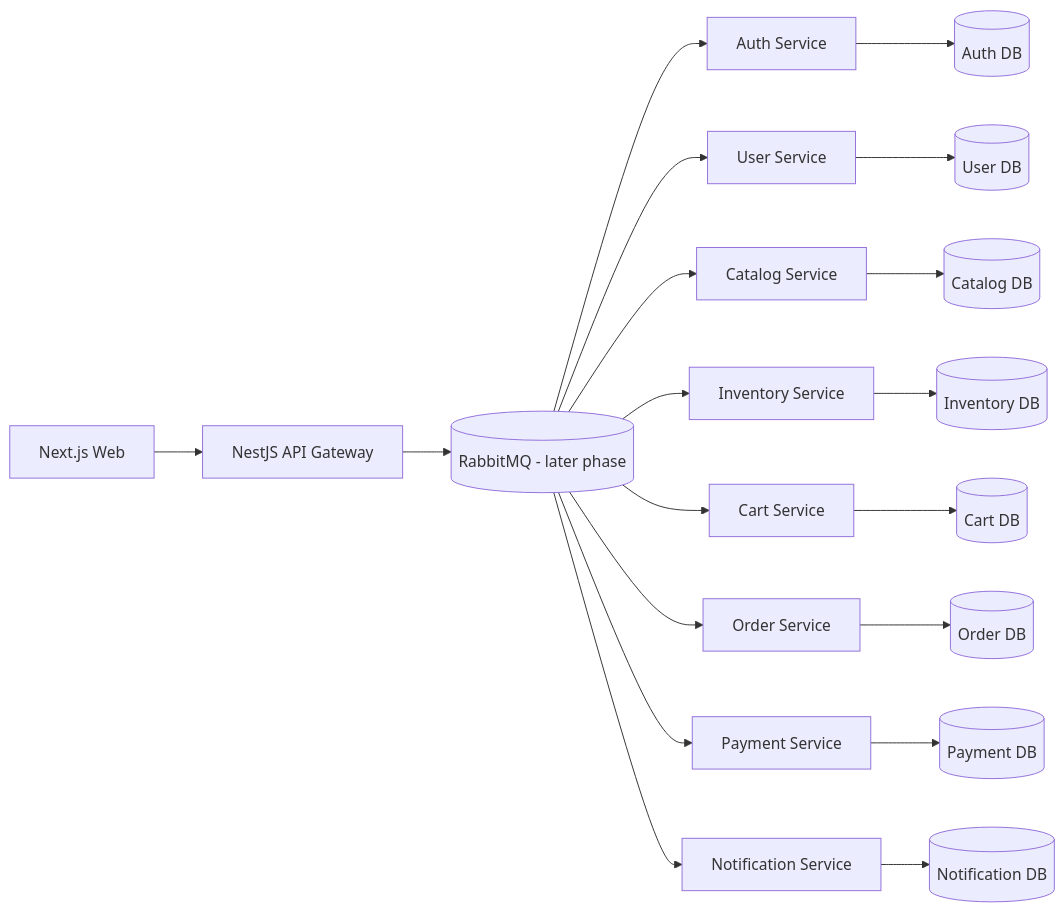
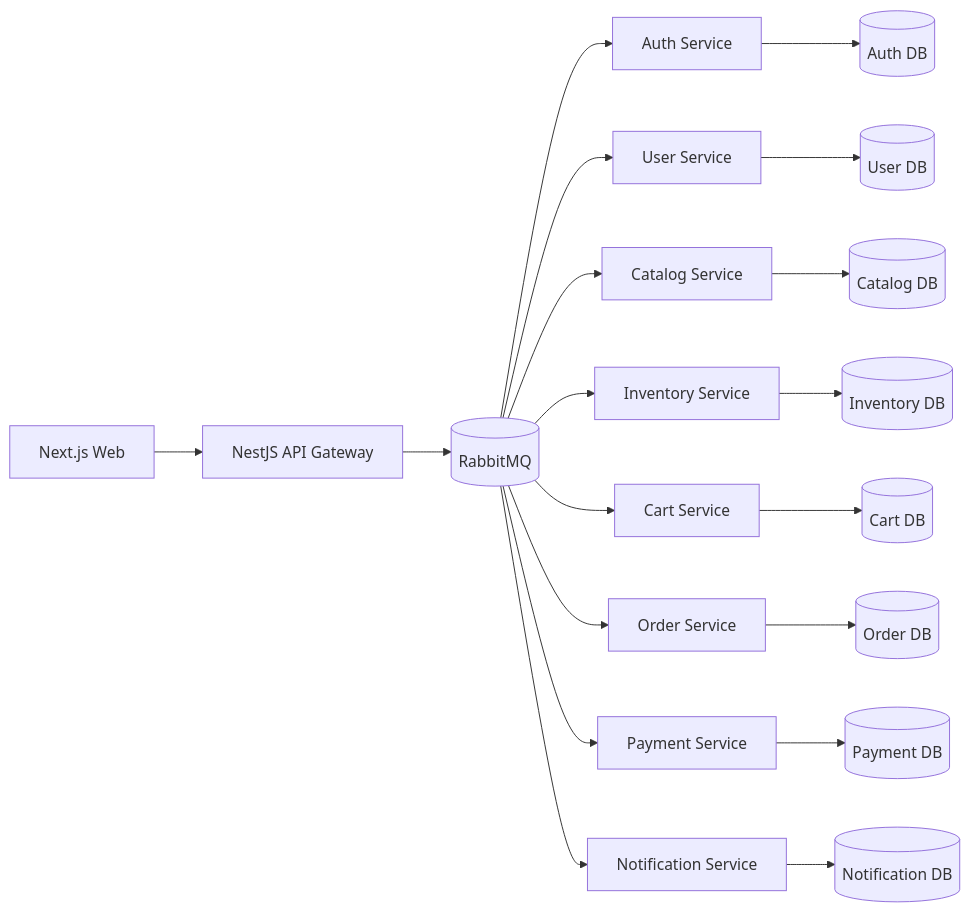
One commit to Lucascabral95/ecommerce-northlan-apparel changed the diagram in README.md. Above: the diagram before and after it, drawn with Mermaid. The commit also changed other lines of this file and 31 other files, not shown here.

````diff
--- a/README.md
+++ b/README.md
@@ -35,21 +36,21 @@
 ```mermaid
 flowchart LR
   Web[Next.js Web] --> Gateway[NestJS API Gateway]
-  Gateway --> Broker[(RabbitMQ - later phase)]
+  Gateway --> Broker[(RabbitMQ)]
   Broker --> Auth[Auth Service]
   Broker --> User[User Service]
   Broker --> Catalog[Catalog Service]
   Broker --> Inventory[Inventory Service]
   Broker --> Cart[Cart Service]
   Broker --> Order[Order Service]
   Broker --> Payment[Payment Service]
   Broker --> Notification[Notification Service]
   Auth --> AuthDb[(Auth DB)]
   User --> UserDb[(User DB)]
   Catalog --> CatalogDb[(Catalog DB)]
   Inventory --> InventoryDb[(Inventory DB)]
   Cart --> CartDb[(Cart DB)]
   Order --> OrderDb[(Order DB)]
   Payment --> PaymentDb[(Payment DB)]
   Notification --> NotificationDb[(Notification DB)]
 ```
````
